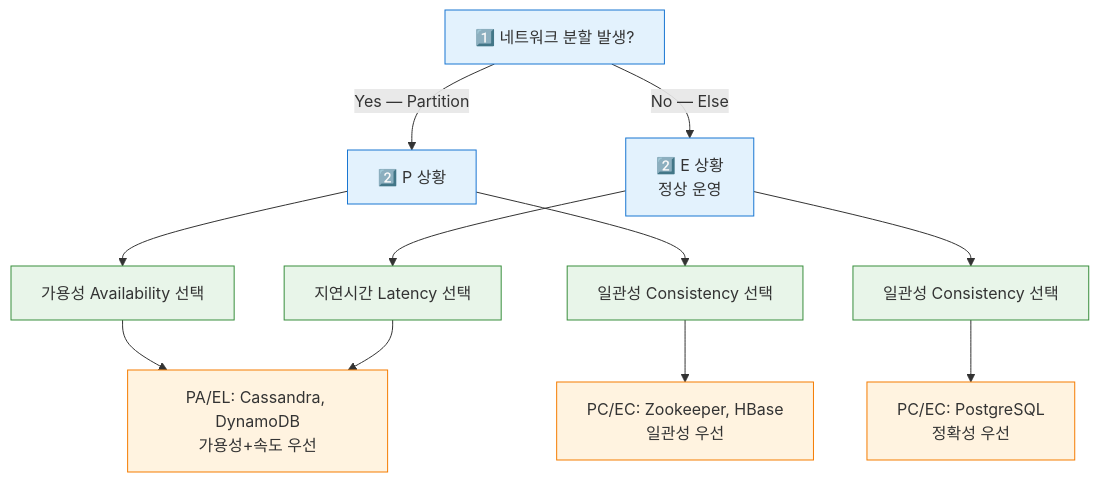
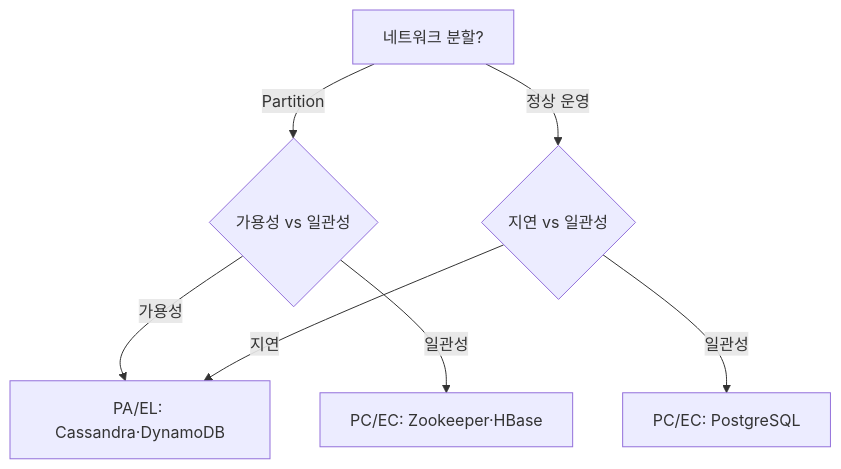
One commit to yjkim2015/yjkim2015.github.io changed the fifth of 17 diagrams in _posts/systemdesign/2026-05-02-system-design-fundamentals.md. Above: the diagram before and after it, drawn with Mermaid. The commit also changed other lines of this file and 215 other files, not shown here.

First line of the commit message:
신규 포스트 10개 추가 + Mermaid 전면 축소 + SystemDesign 시리즈 보강

````diff
--- a/_posts/systemdesign/2026-05-02-system-design-fundamentals.md
+++ b/_posts/systemdesign/2026-05-02-system-design-fundamentals.md
@@ -273,24 +234,9 @@
 ```mermaid
 graph TD
-    A["1️⃣ 네트워크 분할 발생?"]
-    A -->|"Yes — Partition"| B["2️⃣ P 상황"]
-    A -->|"No — Else"| C["2️⃣ E 상황\n정상 운영"]
-
-    B --> D["가용성 Availability 선택"]
-    B --> E["일관성 Consistency 선택"]
-
-    C --> F["지연시간 Latency 선택"]
-    C --> G["일관성 Consistency 선택"]
-
-    D --> H["PA/EL: Cassandra, DynamoDB\n가용성+속도 우선"]
-    E --> I["PC/EC: Zookeeper, HBase\n일관성 우선"]
-    F --> H
-    G --> J["PC/EC: PostgreSQL\n정확성 우선"]
-
-    classDef client fill:#e3f2fd,stroke:#1976d2
-    classDef server fill:#e8f5e9,stroke:#388e3c
-    classDef db fill:#fff3e0,stroke:#f57c00
-    class A,B,C client
-    class D,E,F,G server
-    class H,I,J db
+    A["네트워크 분할?"] -->|"Partition"| B{"가용성 vs 일관성"}
+    A -->|"정상 운영"| C{"지연 vs 일관성"}
+    B -->|"가용성"| D["PA/EL: Cassandra·DynamoDB"]
+    B -->|"일관성"| E["PC/EC: Zookeeper·HBase"]
+    C -->|"지연"| D
+    C -->|"일관성"| F["PC/EC: PostgreSQL"]
 ```
````
